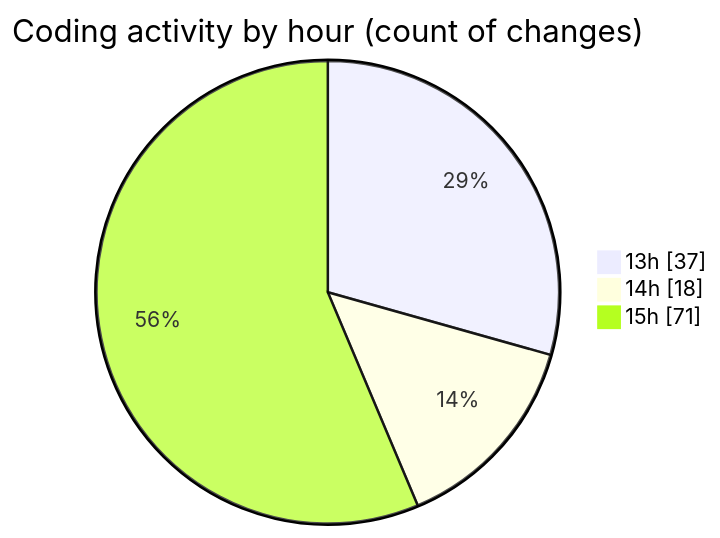
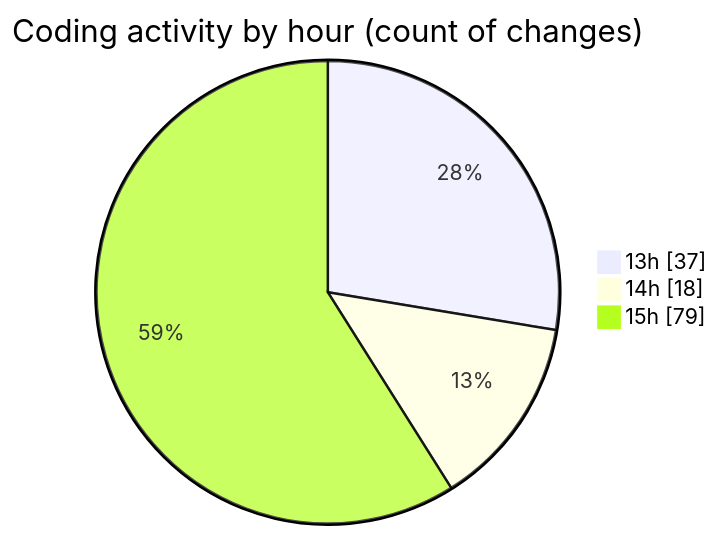
The second of 2 diagrams in 2026-04-11/scripting_workshop/README.md (Unknowalive/code-tracking), drawn with Mermaid before and after one commit. The commit also changed other lines of this file and 1 other file, not shown here.

````diff
--- a/2026-04-11/scripting_workshop/README.md
+++ b/2026-04-11/scripting_workshop/README.md
@@ -64,7 +64,7 @@
 ```mermaid
 pie showData
 title Coding activity by hour (count of changes)
 "13h" : 37
 "14h" : 18
-"15h" : 71
+"15h" : 79
 ```
````
